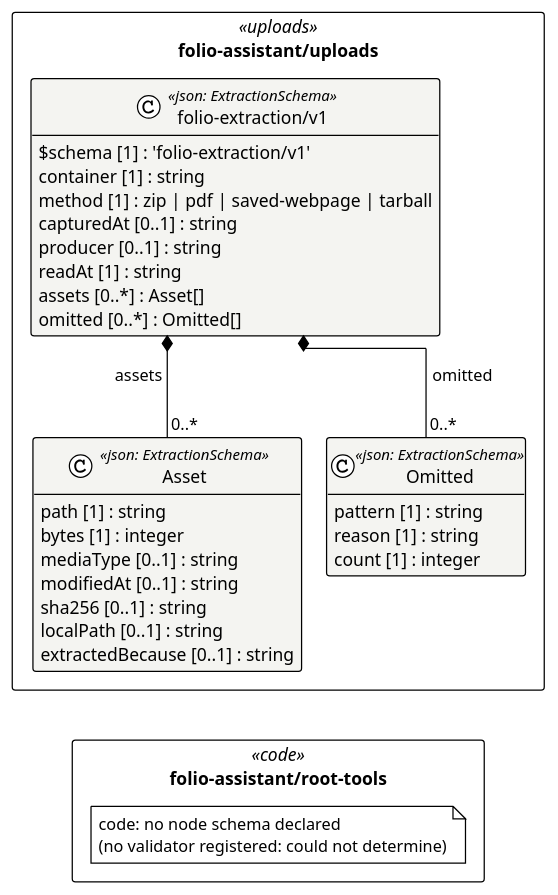
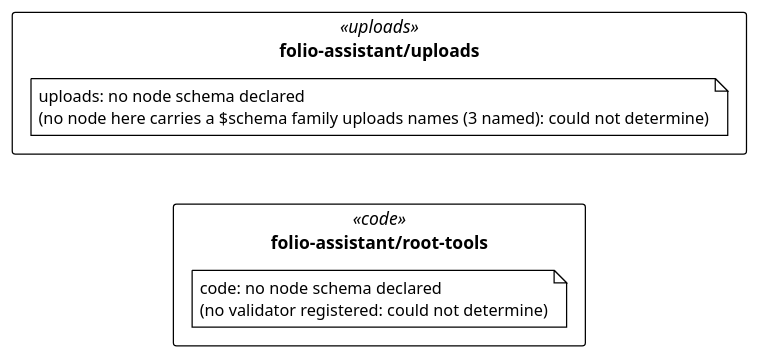
Before and after one commit to litlfred/folio-assistant: the diagram in cat-harness/uml/overview/folio-assistant.puml, drawn with PlantUML. The commit also changed 96 other files, not shown here.

```diff
--- a/cat-harness/uml/overview/folio-assistant.puml
+++ b/cat-harness/uml/overview/folio-assistant.puml
@@ -3,43 +3,18 @@
 @startuml folio_assistant
 !pragma layout elk
 !theme plain
 skinparam classAttributeIconSize 0
 skinparam shadowing false
 skinparam packageStyle rectangle
 hide empty methods
 
 package "folio-assistant/uploads" as pkg_folio_assistant_uploads <<uploads>> {
-  class "Asset" as folio_assistant_uploads_folio_extraction_v1_Asset <<json: ExtractionSchema>> #f4f4f1 {
-    path [1] : string
-    bytes [1] : integer
-    mediaType [0..1] : string
-    modifiedAt [0..1] : string
-    sha256 [0..1] : string
-    localPath [0..1] : string
-    extractedBecause [0..1] : string
-  }
-  class "Omitted" as folio_assistant_uploads_folio_extraction_v1_Omitted <<json: ExtractionSchema>> #f4f4f1 {
-    pattern [1] : string
-    reason [1] : string
-    count [1] : integer
-  }
-  class "folio-extraction/v1" as folio_assistant_uploads_folio_extraction_v1_folio_extraction_v1 <<json: ExtractionSchema>> #f4f4f1 {
-    $schema [1] : 'folio-extraction/v1'
-    container [1] : string
-    method [1] : zip | pdf | saved-webpage | tarball
-    capturedAt [0..1] : string
-    producer [0..1] : string
-    readAt [1] : string
-    assets [0..*] : Asset[]
-    omitted [0..*] : Omitted[]
-  }
+  note "uploads: no node schema declared\n(no node here carries a $schema family uploads names (3 named): could not determine)" as n_folio_assistant_uploads_uploads
 }
 package "folio-assistant/root-tools" as pkg_folio_assistant_root_tools <<code>> {
   note "code: no node schema declared\n(no validator registered: could not determine)" as n_folio_assistant_root_tools_code
 }
 
-folio_assistant_uploads_folio_extraction_v1_folio_extraction_v1 *-- "0..*" folio_assistant_uploads_folio_extraction_v1_Asset : assets
-folio_assistant_uploads_folio_extraction_v1_folio_extraction_v1 *-- "0..*" folio_assistant_uploads_folio_extraction_v1_Omitted : omitted
 ' grid: portrait, 1 column(s) — pkg_folio_assistant_uploads pkg_folio_assistant_root_tools
 pkg_folio_assistant_uploads -[hidden]down- pkg_folio_assistant_root_tools
 @enduml
```
